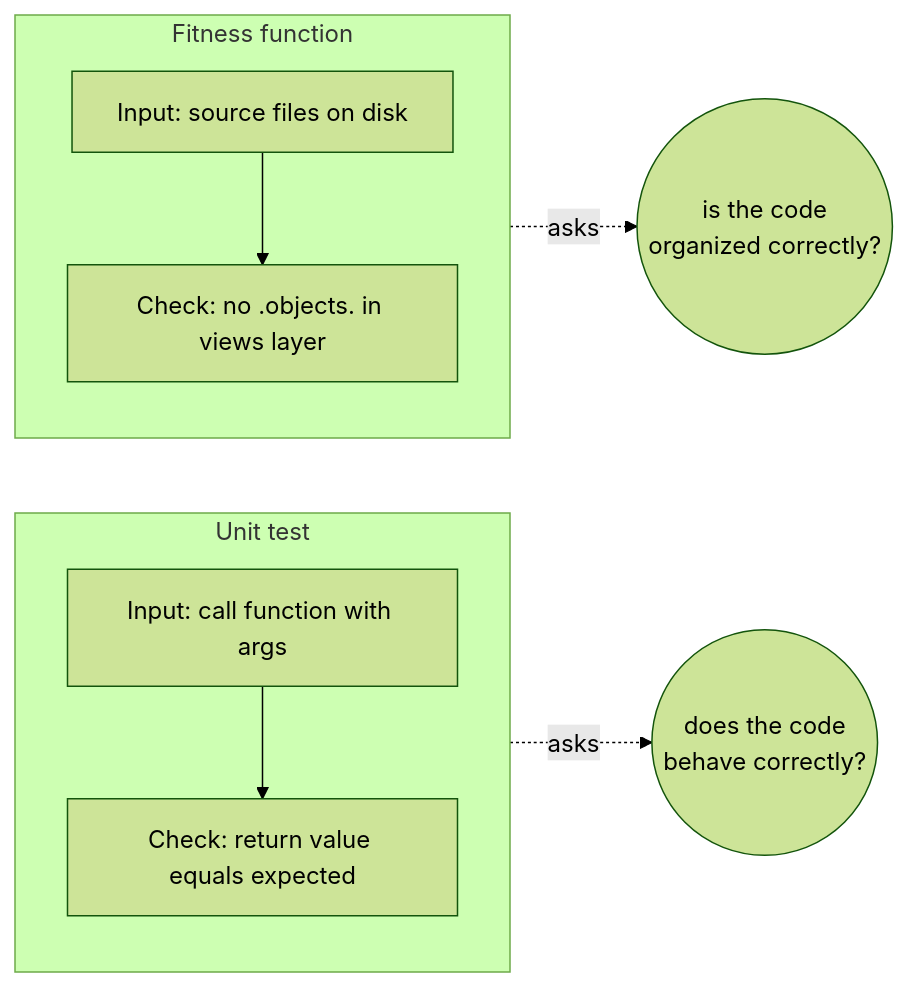
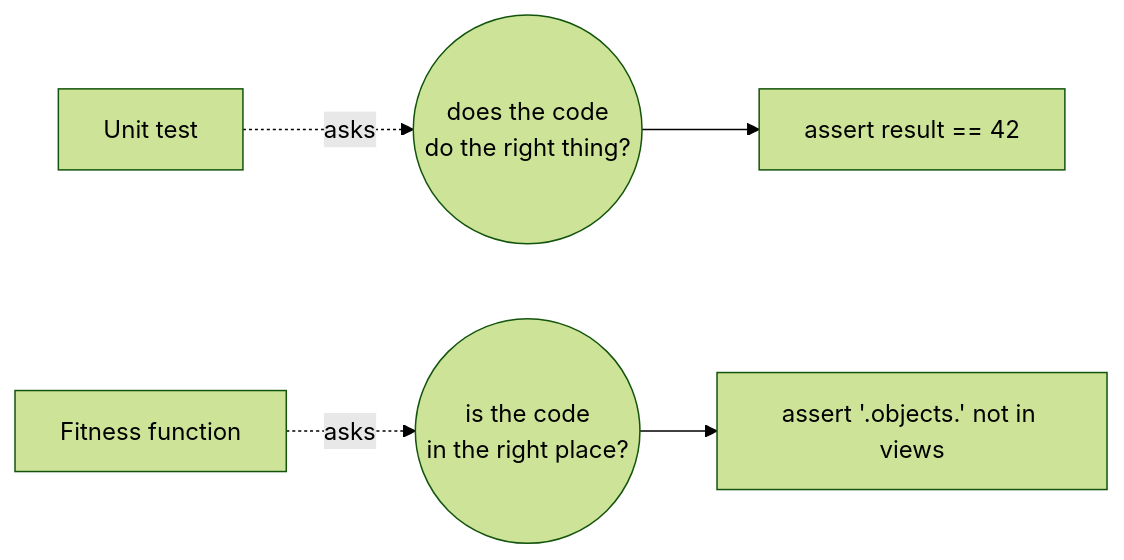
The first of 6 diagrams in content/post/refactoring-fitness-functions.md (HusinHakim/blog-husin), drawn with Mermaid (forest theme) before and after one commit. The commit also changed other lines of this file, not shown here.

```diff
--- a/content/post/refactoring-fitness-functions.md
+++ b/content/post/refactoring-fitness-functions.md
@@ -22,17 +26,7 @@
 {{< mermaid >}}
 flowchart LR
-    subgraph UT[Unit test]
-        direction TB
-        U1[Input: call function with args]
-        U2[Check: return value equals expected]
-        U1 --> U2
-    end
-    subgraph FF[Fitness function]
-        direction TB
-        F1[Input: source files on disk]
-        F2[Check: no .objects. in views layer]
-        F1 --> F2
-    end
-    UT -. asks .-> Q1((does the code<br/>behave correctly?))
-    FF -. asks .-> Q2((is the code<br/>organized correctly?))
+    UT[Unit test] -. asks .-> Q1((does the code<br/>do the right thing?))
+    FF[Fitness function] -. asks .-> Q2((is the code<br/>in the right place?))
+    Q1 --> EX1[assert result == 42]
+    Q2 --> EX2[assert '.objects.' not in views]
 {{< /mermaid >}}
```
